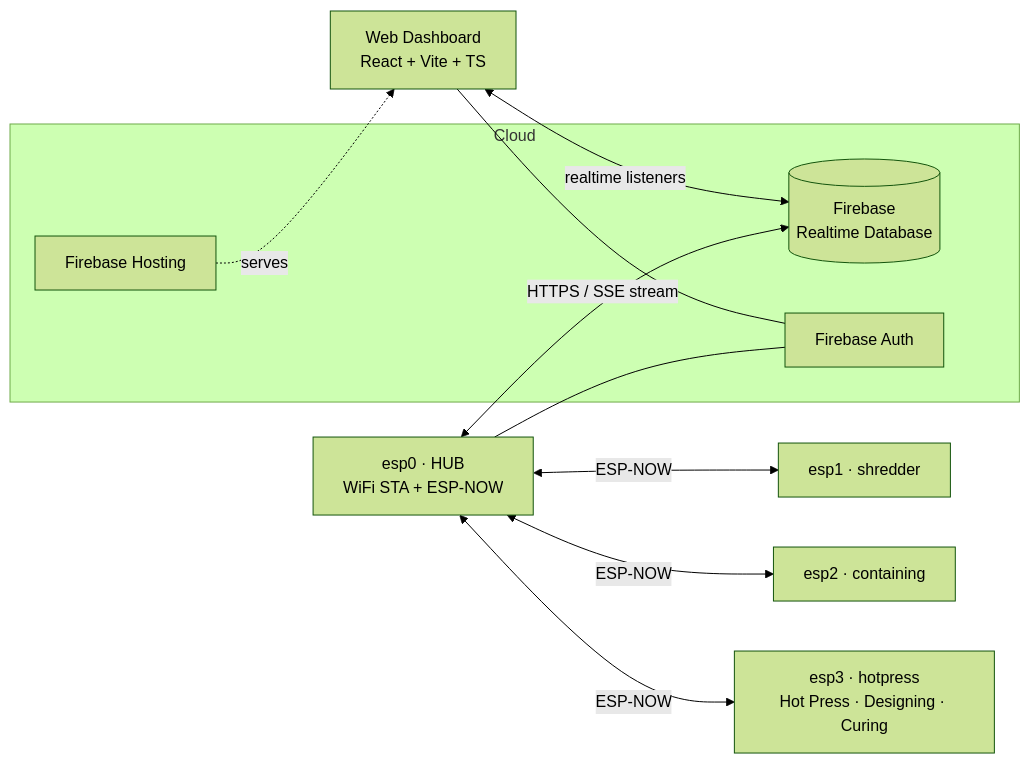
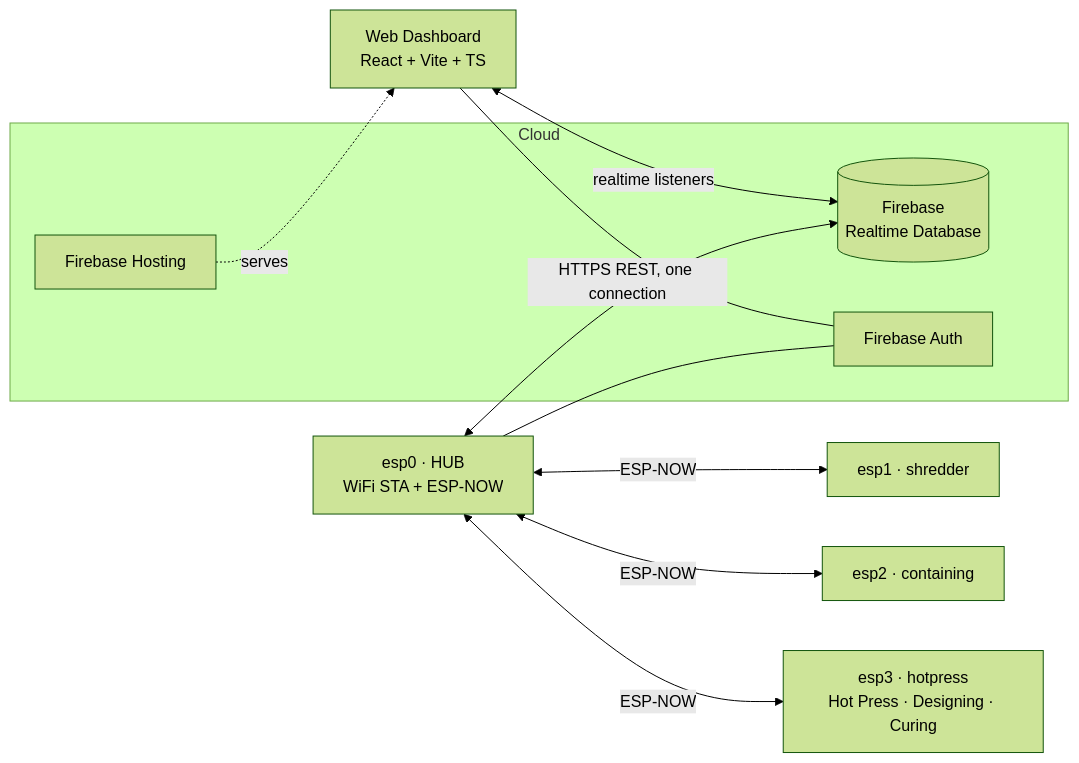
One commit to RafaelViii/Tile-Machine changed the first of 2 diagrams in docs/ARCHITECTURE.md. Above: the diagram before and after it, drawn with Mermaid (forest theme). The commit also changed other lines of this file and 13 other files, not shown here.

First line of the commit message:
hub 0.4.0: one TLS connection, /signal instead of the stream, 401 = sign in again

````diff
--- a/docs/ARCHITECTURE.md
+++ b/docs/ARCHITECTURE.md
@@ -5,19 +5,19 @@
 ```mermaid
 flowchart LR
   subgraph Cloud
     RTDB[(Firebase<br/>Realtime Database)]
     AUTH[Firebase Auth]
     HOST[Firebase Hosting]
   end
 
   WEB[Web Dashboard<br/>React + Vite + TS] <-- realtime listeners --> RTDB
   WEB --- AUTH
   HOST -. serves .-> WEB
 
-  HUB[esp0 · HUB<br/>WiFi STA + ESP-NOW] <-- HTTPS / SSE stream --> RTDB
+  HUB[esp0 · HUB<br/>WiFi STA + ESP-NOW] <-- HTTPS REST, one connection --> RTDB
   HUB --- AUTH
 
   HUB <-- ESP-NOW --> SH[esp1 · shredder]
   HUB <-- ESP-NOW --> CO[esp2 · containing]
   HUB <-- ESP-NOW --> HP[esp3 · hotpress<br/>Hot Press · Designing · Curing]
 ```
````
